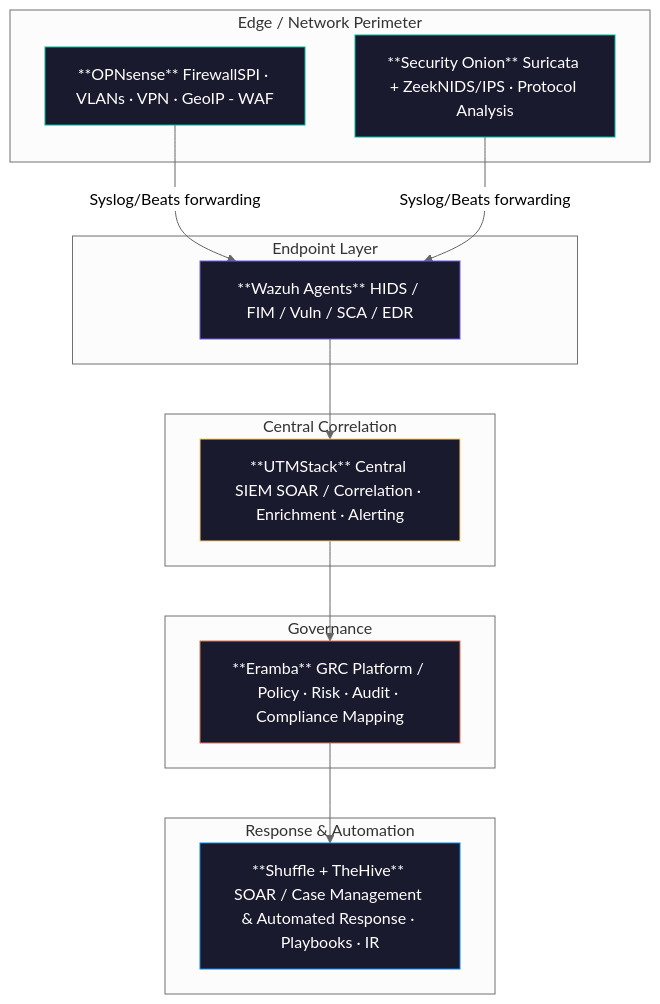
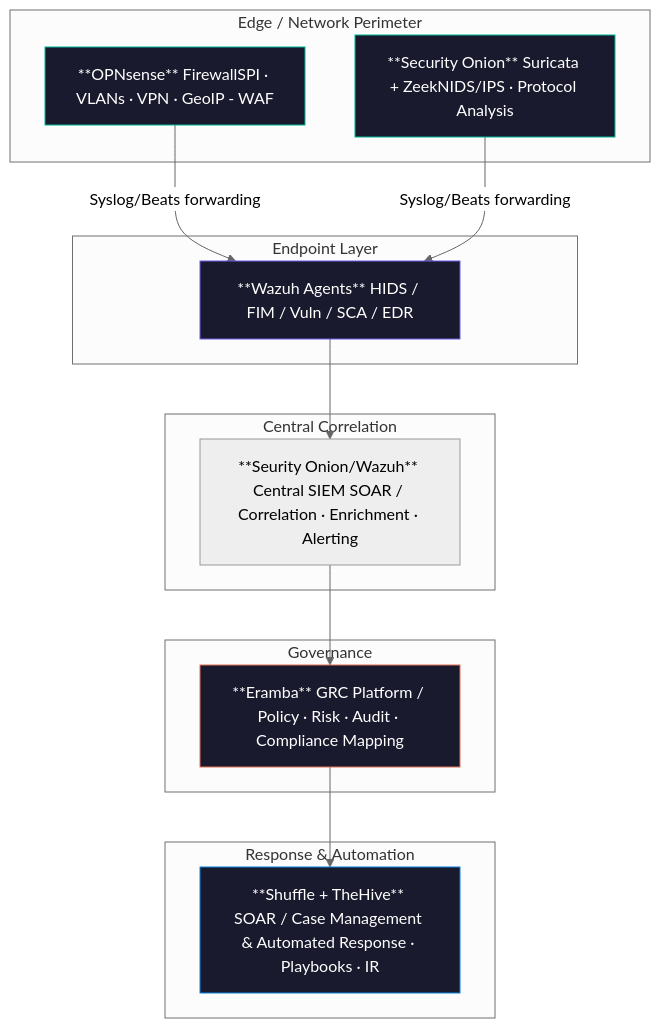
The diagram in notes/Open-Source_Security_Stack.md (sreilly1977/dlh-cyber_security), drawn with Mermaid (neutral theme) before and after one commit. The commit also changed other lines of this file, not shown here.

````diff
--- a/notes/Open-Source_Security_Stack.md
+++ b/notes/Open-Source_Security_Stack.md
@@ -72,44 +64,44 @@
 ```mermaid
 graph TD
     subgraph Edge["Edge / Network Perimeter"]
         OPN["**OPNsense** FirewallSPI · VLANs · VPN · GeoIP - WAF"]
         SON["**Security Onion** Suricata + ZeekNIDS/IPS · Protocol Analysis"]
     end
 
     OPN -- "Syslog/Beats forwarding" --> WAZ
     SON -- "Syslog/Beats forwarding" --> WAZ
 
     subgraph Endpoint["Endpoint Layer"]
         WAZ["**Wazuh Agents** HIDS / FIM / Vuln / SCA / EDR"]
     end
 
-    WAZ --> UTM
+    WAZ --> SOW
 
     subgraph Central["Central Correlation"]
-        UTM["**UTMStack** Central SIEM SOAR / Correlation · Enrichment · Alerting"]
+        SOW["**Seurity Onion/Wazuh** Central SIEM SOAR / Correlation · Enrichment · Alerting"]
     end
 
-    UTM --> ERA
+    SOW --> ERA
 
     subgraph Governance["Governance"]
         ERA["**Eramba** GRC Platform / Policy · Risk · Audit · Compliance Mapping"]
     end
 
     ERA --> SOAR
 
     subgraph Response["Response & Automation"]
         SOAR["**Shuffle + TheHive** SOAR / Case Management & Automated Response · Playbooks · IR"]
     end
 
     classDef edgeNode fill:#1a1a2e,stroke:#00b894,color:#fff
     classDef endpointNode fill:#1a1a2e,stroke:#6c5ce7,color:#fff
     classDef centralNode fill:#1a1a2e,stroke:#fdcb6e,color:#fff
     classDef govNode fill:#1a1a2e,stroke:#e17055,color:#fff
     classDef respNode fill:#1a1a2e,stroke:#0984e3,color:#fff
 
     class OPN,COR,SON edgeNode
     class WAZ endpointNode
     class UTM centralNode
     class ERA govNode
     class SOAR respNode
 ```
````
